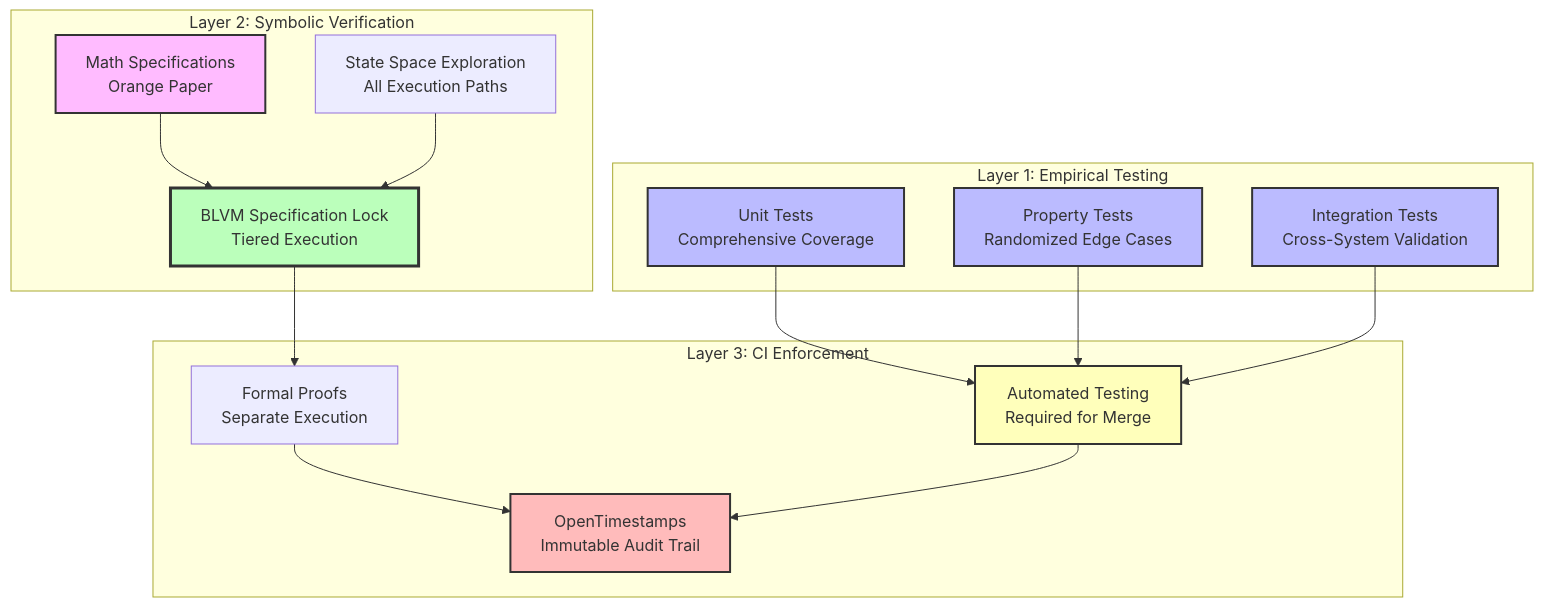
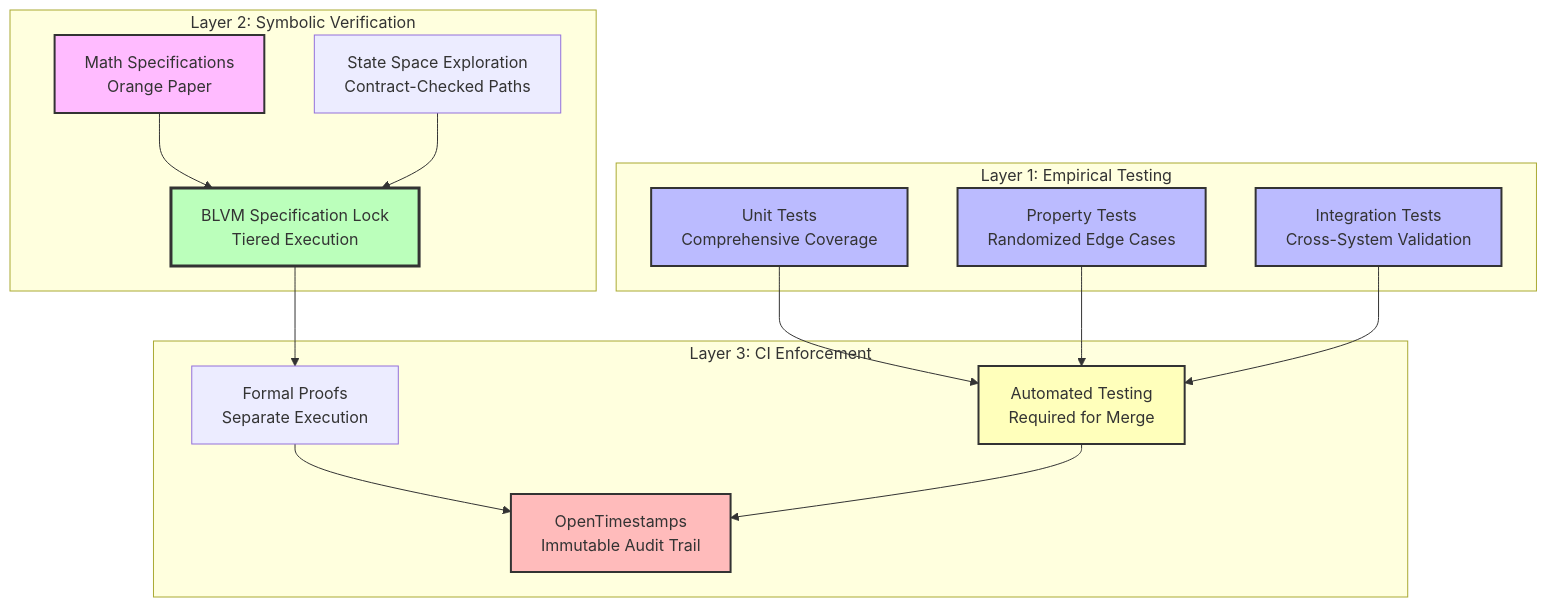
The diagram in src/consensus/formal-verification.md (BTCDecoded/blvm-docs), drawn with Mermaid before and after one commit. The commit also changed other lines of this file and 50 other files, not shown here.

````diff
--- a/src/consensus/formal-verification.md
+++ b/src/consensus/formal-verification.md
@@ -9,39 +9,39 @@
 ```mermaid
 graph TB
     subgraph "Layer 1: Empirical Testing"
         UT[Unit Tests<br/>Comprehensive Coverage]
         PT[Property Tests<br/>Randomized Edge Cases]
         IT[Integration Tests<br/>Cross-System Validation]
     end
     
     subgraph "Layer 2: Symbolic Verification"
         SPECLOCK[BLVM Specification Lock<br/>Tiered Execution]
         SPEC[Math Specifications<br/>Orange Paper]
-        SSE[State Space Exploration<br/>All Execution Paths]
+        SSE[State Space Exploration<br/>Contract-Checked Paths]
     end
     
     subgraph "Layer 3: CI Enforcement"
         AUTO[Automated Testing<br/>Required for Merge]
         PROOF[Formal Proofs<br/>Separate Execution]
         OTS[OpenTimestamps<br/>Immutable Audit Trail]
     end
     
     UT --> AUTO
     PT --> AUTO
     IT --> AUTO
     
     SPECLOCK --> PROOF
     SPEC --> SPECLOCK
     SSE --> SPECLOCK
     
     PROOF --> OTS
     AUTO --> OTS
     
     style UT fill:#bbf,stroke:#333,stroke-width:2px
     style PT fill:#bbf,stroke:#333,stroke-width:2px
     style IT fill:#bbf,stroke:#333,stroke-width:2px
     style SPECLOCK fill:#bfb,stroke:#333,stroke-width:3px
     style SPEC fill:#fbf,stroke:#333,stroke-width:2px
     style AUTO fill:#ffb,stroke:#333,stroke-width:2px
     style OTS fill:#fbb,stroke:#333,stroke-width:2px
 ```
````
